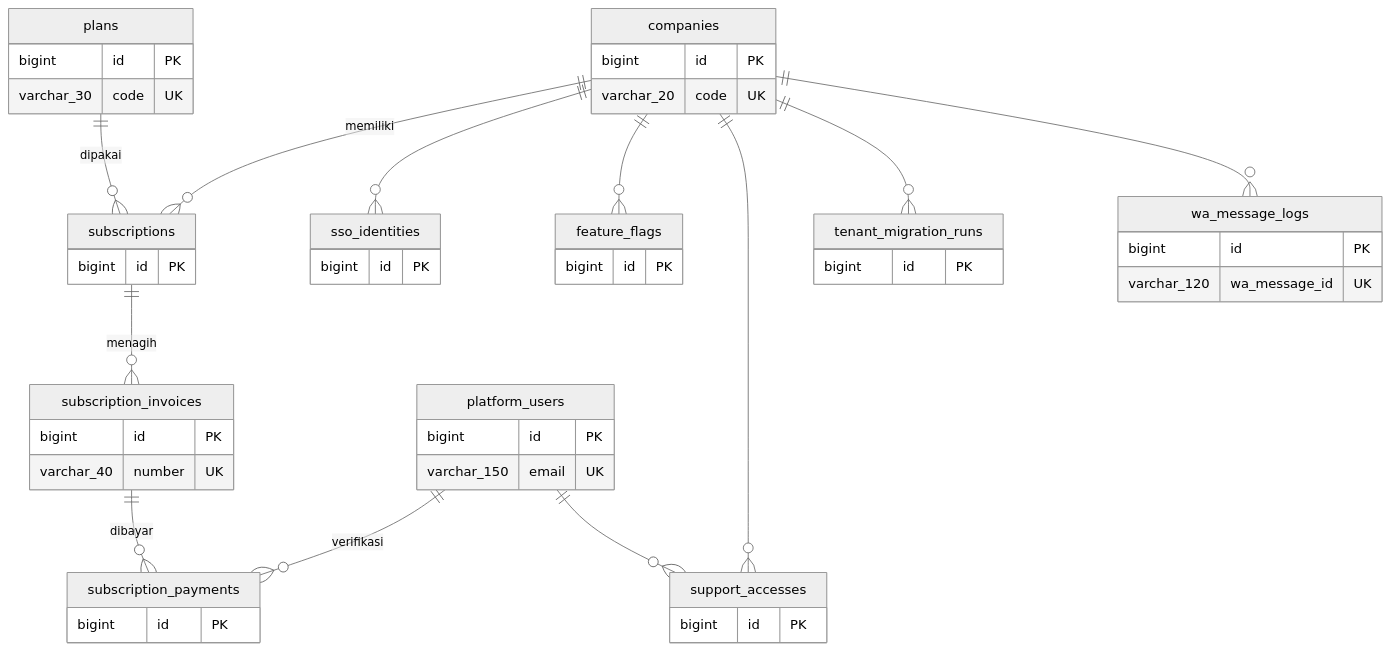
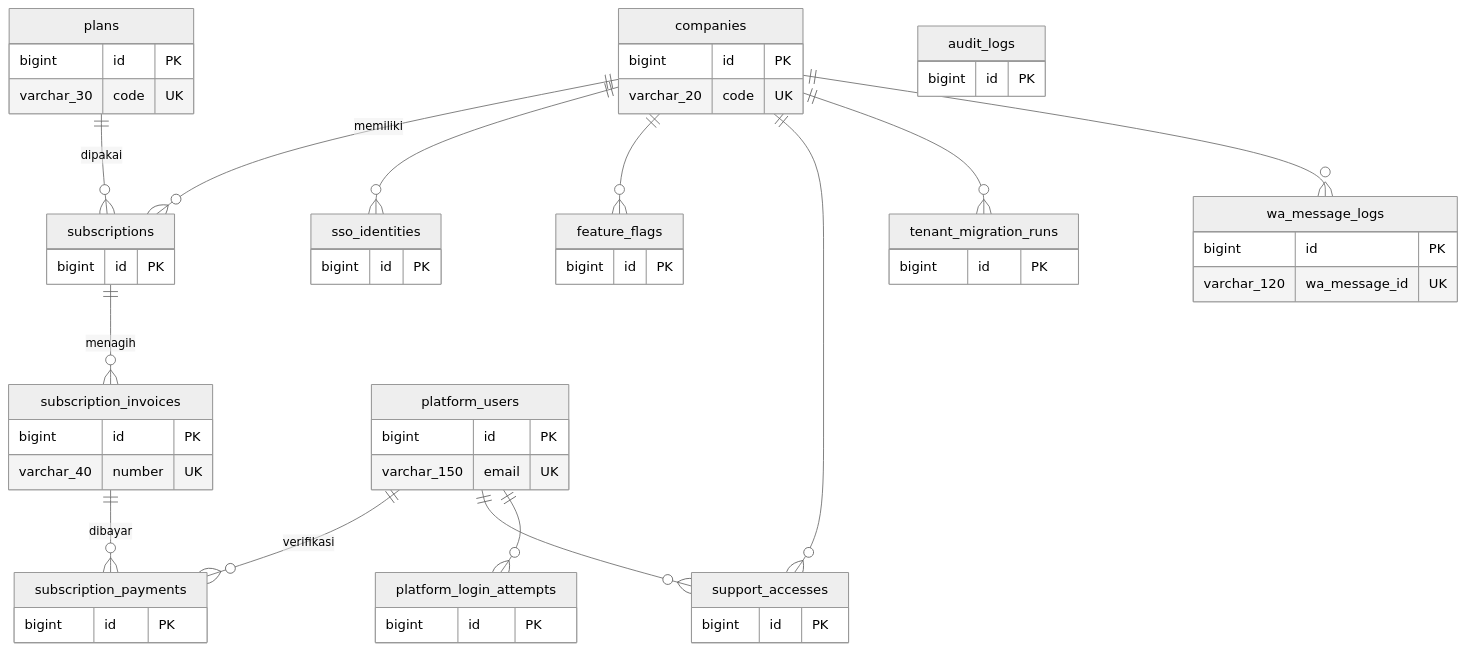
The first of 4 diagrams in docs/wms/08a-model-data-inti.md (HengkyDarmawan/wms), drawn with Mermaid (neutral theme) before and after one commit. The commit also changed other lines of this file and 399 other files, not shown here.

````diff
--- a/docs/wms/08a-model-data-inti.md
+++ b/docs/wms/08a-model-data-inti.md
@@ -40,52 +40,59 @@
 ```mermaid
 erDiagram
   companies {
     bigint id PK
     varchar_20 code UK
   }
   plans {
     bigint id PK
     varchar_30 code UK
   }
   subscriptions {
     bigint id PK
   }
   subscription_invoices {
     bigint id PK
     varchar_40 number UK
   }
   subscription_payments {
     bigint id PK
   }
   platform_users {
     bigint id PK
     varchar_150 email UK
+  }
+  platform_login_attempts {
+    bigint id PK
+  }
+  audit_logs {
+    bigint id PK
   }
   sso_identities {
     bigint id PK
   }
   feature_flags {
     bigint id PK
   }
   support_accesses {
     bigint id PK
   }
   tenant_migration_runs {
     bigint id PK
   }
   wa_message_logs {
     bigint id PK
     varchar_120 wa_message_id UK
   }
   companies ||--o{ subscriptions : "memiliki"
   plans ||--o{ subscriptions : "dipakai"
   subscriptions ||--o{ subscription_invoices : "menagih"
   subscription_invoices ||--o{ subscription_payments : "dibayar"
   platform_users ||--o{ subscription_payments : "verifikasi"
   companies ||--o{ sso_identities : " "
   companies ||--o{ feature_flags : " "
   companies ||--o{ support_accesses : " "
   platform_users ||--o{ support_accesses : " "
+  platform_users ||--o{ platform_login_attempts : " "
   companies ||--o{ tenant_migration_runs : " "
   companies ||--o{ wa_message_logs : " "
 ```
````
